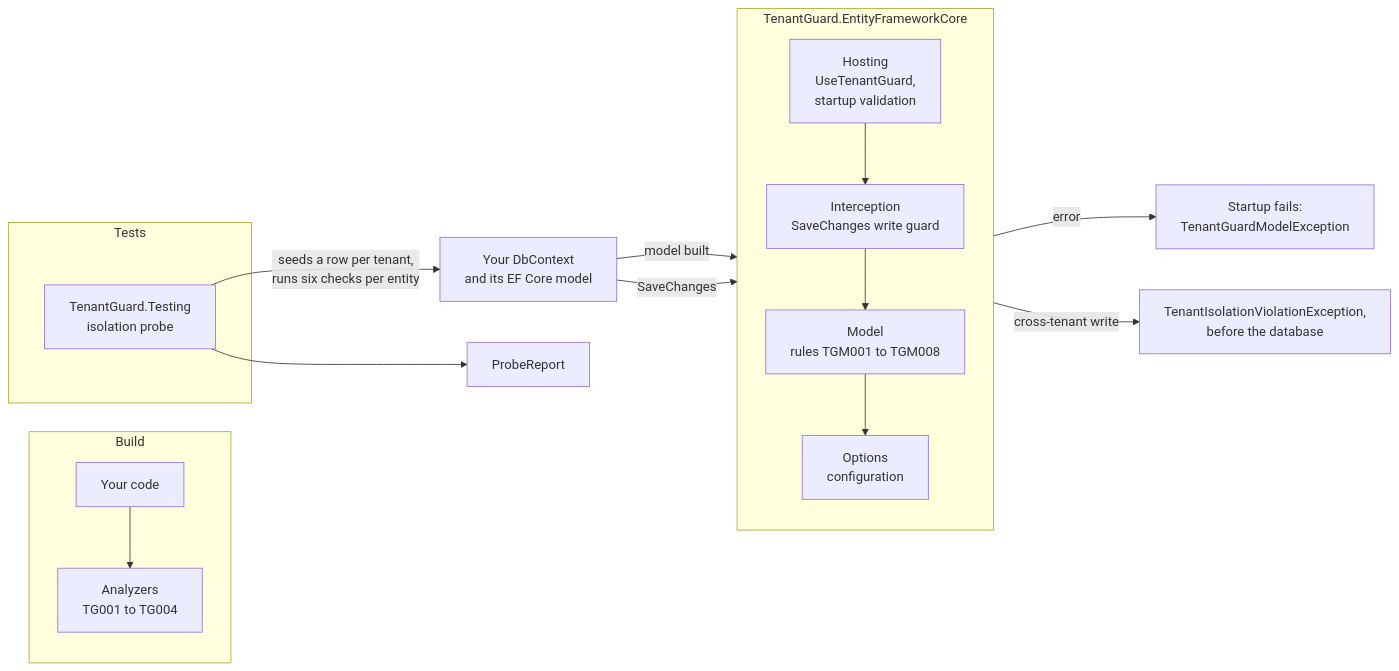
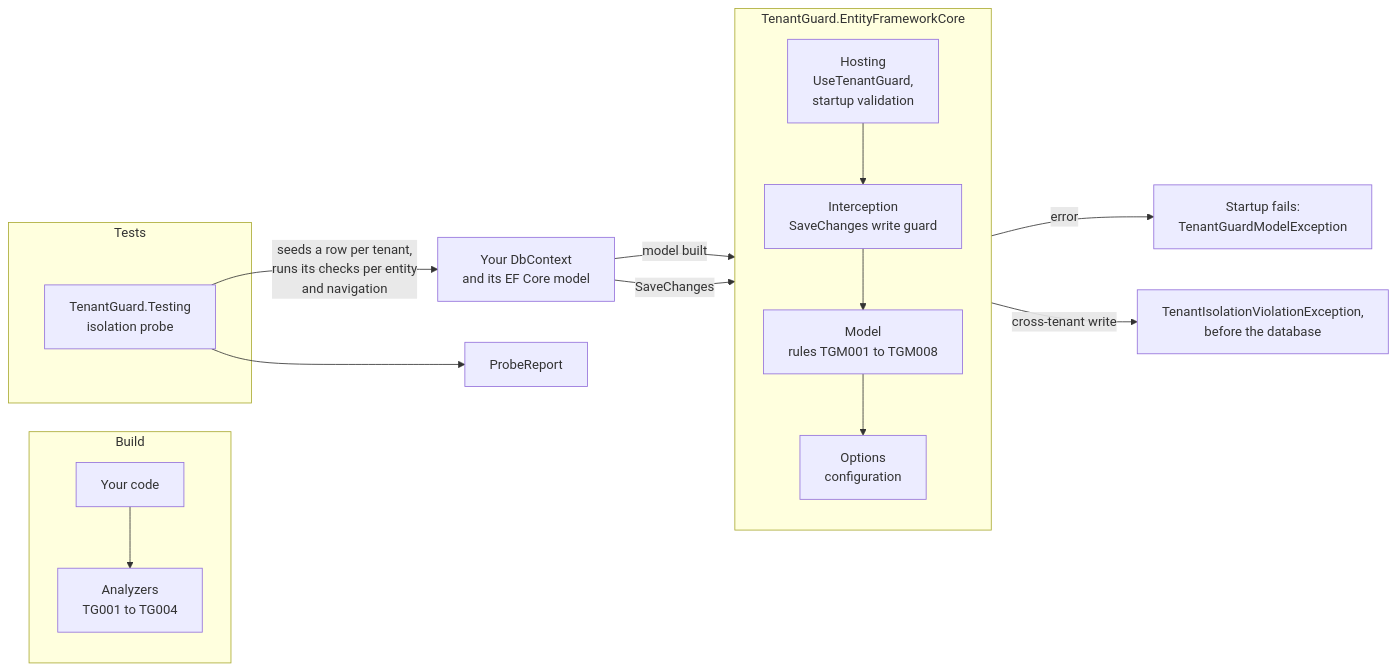
One commit to jimmykurian/tenantguard changed the diagram in README.md. Above: the diagram before and after it, drawn with Mermaid. The commit also changed other lines of this file and 12 other files, not shown here.

First line of the commit message:
feat(probe): add the NavigationLeak check (#55)

````diff
--- a/README.md
+++ b/README.md
@@ -223,23 +223,23 @@
 ```mermaid
 flowchart LR
     subgraph build["Build"]
         src["Your code"] --> analyzers["Analyzers<br/>TG001 to TG004"]
     end
     subgraph runtime["TenantGuard.EntityFrameworkCore"]
         direction TB
         hosting["Hosting<br/>UseTenantGuard,<br/>startup validation"]
         guard["Interception<br/>SaveChanges write guard"]
         rules["Model<br/>rules TGM001 to TGM008"]
         options["Options<br/>configuration"]
         hosting --> guard --> rules --> options
     end
     subgraph tests["Tests"]
         probe["TenantGuard.Testing<br/>isolation probe"]
     end
     model["Your DbContext<br/>and its EF Core model"] -->|"model built"| rules
     model -->|"SaveChanges"| guard
     rules -->|"error"| fail["Startup fails:<br/>TenantGuardModelException"]
     guard -->|"cross-tenant write"| block["TenantIsolationViolationException,<br/>before the database"]
-    probe -->|"seeds a row per tenant,<br/>runs six checks per entity"| model
+    probe -->|"seeds a row per tenant,<br/>runs its checks per entity<br/>and navigation"| model
     probe --> report["ProbeReport"]
 ```
````
